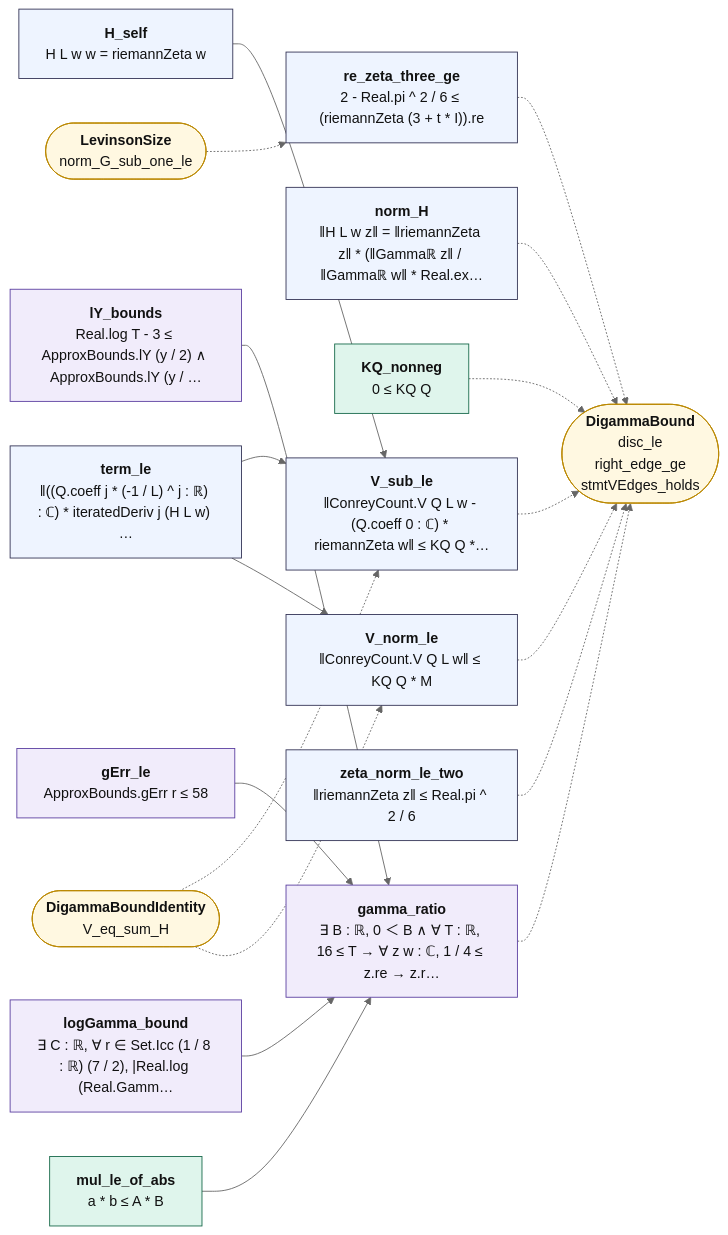
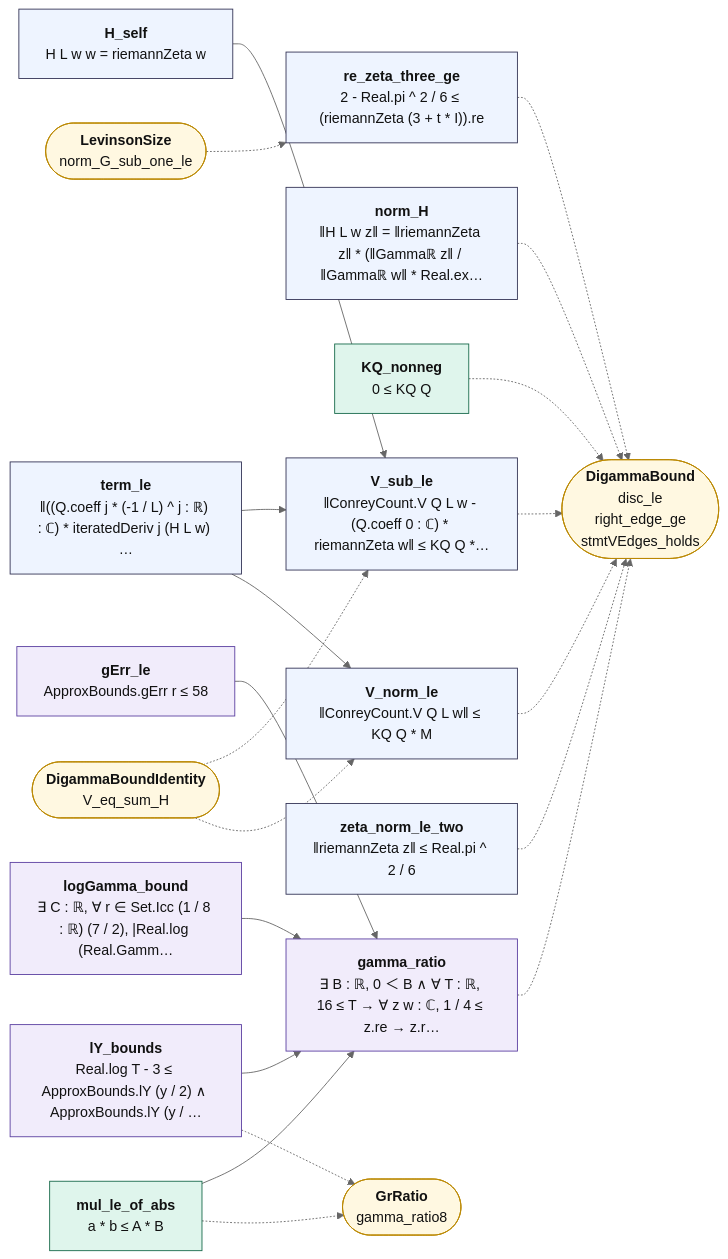
Before and after one commit to juliansambranojr/Primebeat_081426: the diagram in map/lean_stage3/DigammaBoundSize.mmd, drawn with Mermaid (neutral theme). The commit also changed 27 other files, not shown here.

```diff
--- a/map/lean_stage3/DigammaBoundSize.mmd
+++ b/map/lean_stage3/DigammaBoundSize.mmd
@@ -1,42 +1,45 @@
 flowchart LR
   n0["<b>lY_bounds</b><br/>Real.log T - 3 ≤ ApproxBounds.lY (y / 2) ∧ ApproxBounds.lY (y / …"]:::shp
   n1["<b>gErr_le</b><br/>ApproxBounds.gErr r ≤ 58"]:::shp
   n2["<b>logGamma_bound</b><br/>∃ C : ℝ, ∀ r ∈ Set.Icc (1 / 8 : ℝ) (7 / 2), |Real.log (Real.Gamm…"]:::shp
   n3["<b>mul_le_of_abs</b><br/>a * b ≤ A * B"]:::cnt
   n4["<b>gamma_ratio</b><br/>∃ B : ℝ, 0 ＜ B ∧ ∀ T : ℝ, 16 ≤ T → ∀ z w : ℂ, 1 / 4 ≤ z.re → z.r…"]:::shp
   n5["<b>norm_H</b><br/>‖H L w z‖ = ‖riemannZeta z‖ * (‖Gammaℝ z‖ / ‖Gammaℝ w‖ * Real.ex…"]:::thm
   n6["<b>H_self</b><br/>H L w w = riemannZeta w"]:::thm
   n7["<b>KQ_nonneg</b><br/>0 ≤ KQ Q"]:::cnt
   n8["<b>term_le</b><br/>‖((Q.coeff j * (-1 / L) ^ j : ℝ) : ℂ) * iteratedDeriv j (H L w) …"]:::thm
   n9["<b>V_norm_le</b><br/>‖ConreyCount.V Q L w‖ ≤ KQ Q * M"]:::thm
   n10["<b>V_sub_le</b><br/>‖ConreyCount.V Q L w - (Q.coeff 0 : ℂ) * riemannZeta w‖ ≤ KQ Q *…"]:::thm
   n11["<b>zeta_norm_le_two</b><br/>‖riemannZeta z‖ ≤ Real.pi ^ 2 / 6"]:::thm
   n12["<b>re_zeta_three_ge</b><br/>2 - Real.pi ^ 2 / 6 ≤ (riemannZeta (3 + t * I)).re"]:::thm
-  x0(["<b>DigammaBound</b><br/>disc_le<br/>right_edge_ge<br/>stmtVEdges_holds"]):::ext
-  x1(["<b>DigammaBoundIdentity</b><br/>V_eq_sum_H"]):::ext
-  x2(["<b>LevinsonSize</b><br/>norm_G_sub_one_le"]):::ext
+  x0(["<b>GrRatio</b><br/>gamma_ratio8"]):::ext
+  x1(["<b>DigammaBound</b><br/>disc_le<br/>right_edge_ge<br/>stmtVEdges_holds"]):::ext
+  x2(["<b>DigammaBoundIdentity</b><br/>V_eq_sum_H"]):::ext
+  x3(["<b>LevinsonSize</b><br/>norm_G_sub_one_le"]):::ext
   n0 --> n4
   n1 --> n4
   n2 --> n4
   n3 --> n4
   n6 --> n10
   n8 --> n10
   n8 --> n9
-  n10 -.-> x0
-  n11 -.-> x0
-  n12 -.-> x0
-  n4 -.-> x0
-  n5 -.-> x0
-  n7 -.-> x0
-  n9 -.-> x0
-  x1 -.-> n10
-  x1 -.-> n9
-  x2 -.-> n12
+  n0 -.-> x0
+  n10 -.-> x1
+  n11 -.-> x1
+  n12 -.-> x1
+  n3 -.-> x0
+  n4 -.-> x1
+  n5 -.-> x1
+  n7 -.-> x1
+  n9 -.-> x1
+  x2 -.-> n10
+  x2 -.-> n9
+  x3 -.-> n12
   classDef cnt fill:#dff5ec,stroke:#17694a,color:#111
   classDef shp fill:#f1ecfb,stroke:#5b3fa0,color:#111
   classDef rh fill:#ffe5e5,stroke:#c22,color:#111,stroke-width:2px
   classDef thm fill:#eef4ff,stroke:#335,color:#111
   classDef end_ fill:#e7f7e7,stroke:#2a7,color:#111,stroke-width:2px
   classDef lone fill:#fff,stroke:#999,color:#111,stroke-dasharray:4 3
   classDef bad fill:#ffe5e5,stroke:#c22,color:#111,stroke-width:2px
   classDef ext fill:#fff8e1,stroke:#b80,color:#111
```
